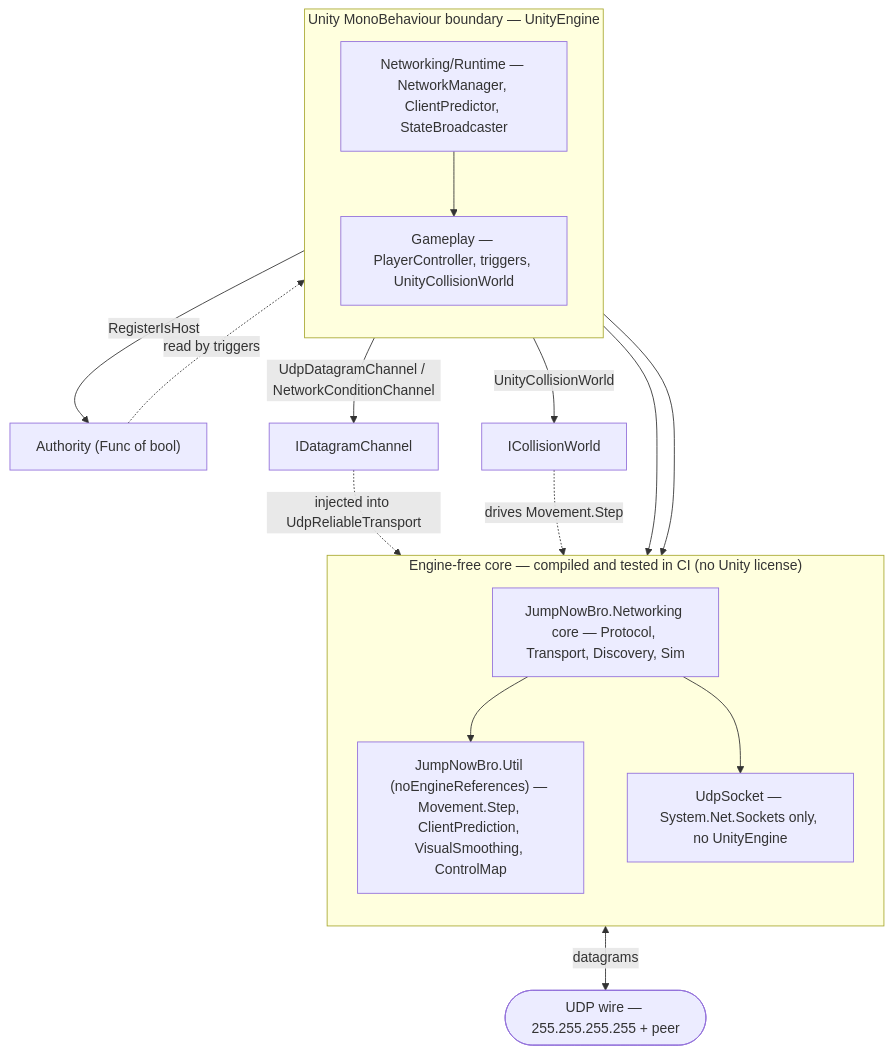
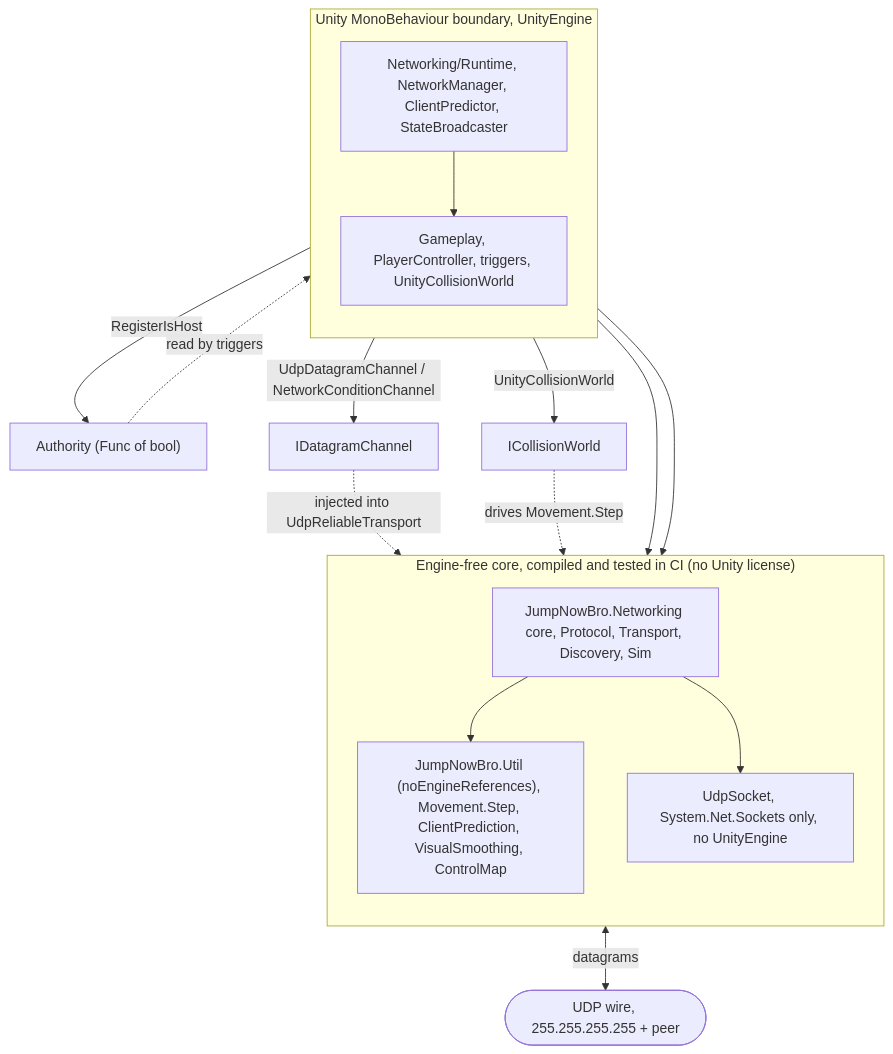
One commit to Kerem-Kurt/jump-now-bro changed the first of 2 diagrams in docs/architecture.md. Above: the diagram before and after it, drawn with Mermaid. The commit also changed other lines of this file and 3 other files, not shown here.

````diff
--- a/docs/architecture.md
+++ b/docs/architecture.md
@@ -20,30 +20,30 @@
 ```mermaid
 flowchart TB
-  subgraph CORE["Engine-free core — compiled and tested in CI (no Unity license)"]
+  subgraph CORE["Engine-free core, compiled and tested in CI (no Unity license)"]
     direction TB
-    UTIL["JumpNowBro.Util (noEngineReferences) — Movement.Step, ClientPrediction, VisualSmoothing, ControlMap"]
-    NETCORE["JumpNowBro.Networking core — Protocol, Transport, Discovery, Sim"]
-    SOCK["UdpSocket — System.Net.Sockets only, no UnityEngine"]
+    UTIL["JumpNowBro.Util (noEngineReferences), Movement.Step, ClientPrediction, VisualSmoothing, ControlMap"]
+    NETCORE["JumpNowBro.Networking core, Protocol, Transport, Discovery, Sim"]
+    SOCK["UdpSocket, System.Net.Sockets only, no UnityEngine"]
     NETCORE --> UTIL
     NETCORE --> SOCK
   end
-  subgraph UNITY["Unity MonoBehaviour boundary — UnityEngine"]
+  subgraph UNITY["Unity MonoBehaviour boundary, UnityEngine"]
     direction TB
-    RUNTIME["Networking/Runtime — NetworkManager, ClientPredictor, StateBroadcaster"]
-    GAMEPLAY["Gameplay — PlayerController, triggers, UnityCollisionWorld"]
+    RUNTIME["Networking/Runtime, NetworkManager, ClientPredictor, StateBroadcaster"]
+    GAMEPLAY["Gameplay, PlayerController, triggers, UnityCollisionWorld"]
   end
   AUTH["Authority (Func of bool)"]
   CH["IDatagramChannel"]
   COL["ICollisionWorld"]
   RUNTIME -->|"RegisterIsHost"| AUTH
   RUNTIME -->|"UdpDatagramChannel / NetworkConditionChannel"| CH
   GAMEPLAY -->|"UnityCollisionWorld"| COL
   AUTH -.->|"read by triggers"| GAMEPLAY
   CH -.->|"injected into UdpReliableTransport"| NETCORE
   COL -.->|"drives Movement.Step"| UTIL
   RUNTIME --> NETCORE
   RUNTIME --> GAMEPLAY
   GAMEPLAY --> UTIL
-  WIRE(["UDP wire — 255.255.255.255 + peer"])
+  WIRE(["UDP wire, 255.255.255.255 + peer"])
   SOCK <-->|"datagrams"| WIRE
 ```
````
